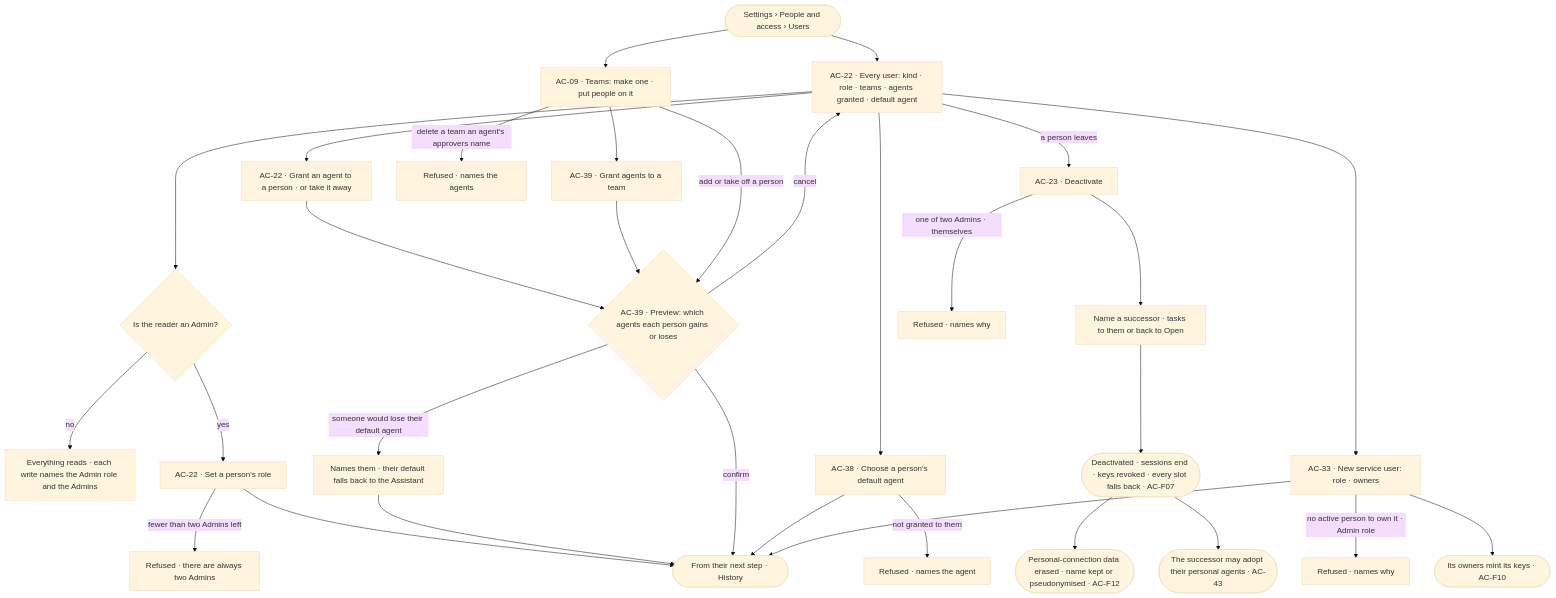
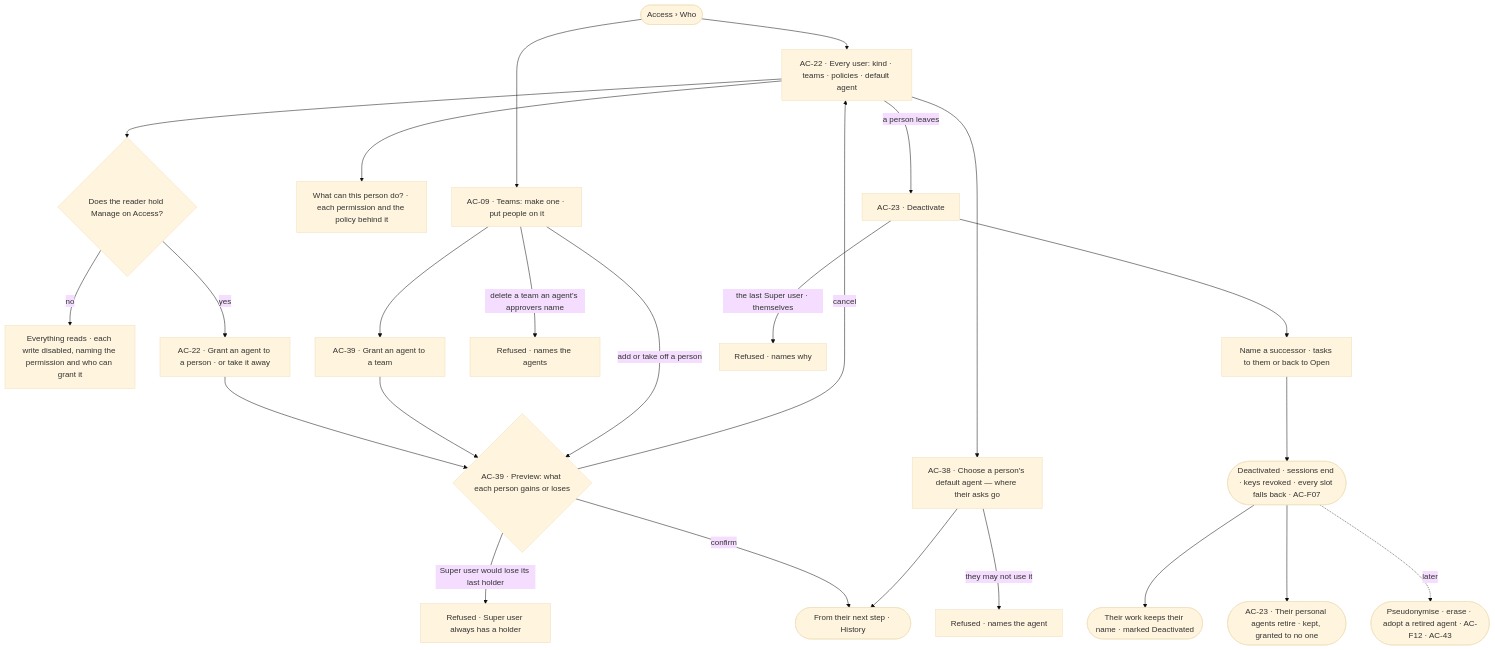
The diagram in specs/os/access/features/AC-F03-directory/feature.md (invana/invana), drawn with Mermaid (base theme) before and after one commit. The commit also changed other lines of this file and 456 other files, not shown here.

````diff
--- a/specs/os/access/features/AC-F03-directory/feature.md
+++ b/specs/os/access/features/AC-F03-directory/feature.md
@@ -28,33 +27,27 @@
 ```mermaid
 flowchart TD
-  start([Settings › People and access › Users]) --> users["AC-22 · Every user: kind · role · teams · agents granted · default agent"]
-  users --> who{"Is the reader an Admin?"}
-  who -->|no| ro["Everything reads · each write names the Admin role and the Admins"]
-  who -->|yes| role["AC-22 · Set a person's role"]
-  role -->|fewer than two Admins left| last["Refused · there are always two Admins"]
-  role --> saved(["From their next step · History"])
-  users --> grant["AC-22 · Grant an agent to a person · or take it away"]
+  start([Access › Who]) --> users["AC-22 · Every user: kind · teams · policies · default agent"]
+  users --> who{"Does the reader hold Manage on Access?"}
+  who -->|no| ro["Everything reads · each write disabled, naming the permission and who can grant it"]
+  who -->|yes| grant["AC-22 · Grant an agent to a person · or take it away"]
+  users --> eff["What can this person do? · each permission and the policy behind it"]
   start --> teams["AC-09 · Teams: make one · put people on it"]
-  teams --> tgrant["AC-39 · Grant agents to a team"]
-  grant --> prev{"AC-39 · Preview: which agents each person gains or loses"}
+  teams --> tgrant["AC-39 · Grant an agent to a team"]
+  grant --> prev{"AC-39 · Preview: what each person gains or loses"}
   tgrant --> prev
   teams -->|add or take off a person| prev
-  prev -->|someone would lose their default agent| dflt["Names them · their default falls back to the Assistant"]
-  dflt --> saved
-  prev -->|confirm| saved
+  prev -->|Super user would lose its last holder| last["Refused · Super user always has a holder"]
+  prev -->|confirm| saved(["From their next step · History"])
   prev -->|cancel| users
-  users --> def["AC-38 · Choose a person's default agent"]
-  def -->|not granted to them| defr["Refused · names the agent"]
+  users --> def["AC-38 · Choose a person's default agent — where their asks go"]
+  def -->|they may not use it| defr["Refused · names the agent"]
   def --> saved
   teams -->|delete a team an agent's approvers name| held["Refused · names the agents"]
   users -->|a person leaves| deact["AC-23 · Deactivate"]
   deact --> succ["Name a successor · tasks to them or back to Open"]
   succ --> off(["Deactivated · sessions end · keys revoked · every slot falls back · AC-F07"])
-  off --> keep(["Personal-connection data erased · name kept or pseudonymised · AC-F12"])
-  off --> adopt(["The successor may adopt their personal agents · AC-43"])
-  deact -->|one of two Admins · themselves| refd["Refused · names why"]
-  users --> svc["AC-33 · New service user: role · owners"]
-  svc -->|no active person to own it · Admin role| svr["Refused · names why"]
-  svc --> saved
-  svc --> keys(["Its owners mint its keys · AC-F10"])
+  off --> keep(["Their work keeps their name · marked Deactivated"])
+  off --> ret(["AC-23 · Their personal agents retire · kept, granted to no one"])
+  off -.->|later| adopt(["Pseudonymise · erase · adopt a retired agent · AC-F12 · AC-43"])
+  deact -->|the last Super user · themselves| refd["Refused · names why"]
 ```
````
